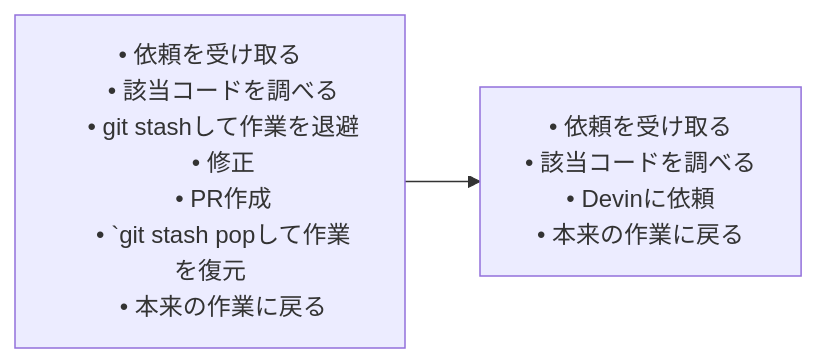
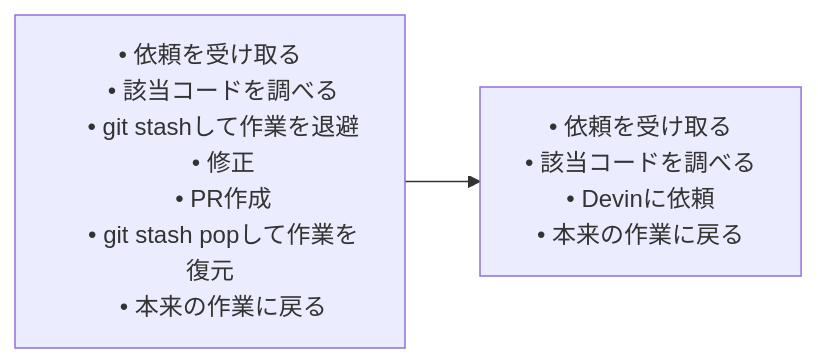
The diagram in articles/032148d8b85aac.md (hono3bono3/zenn), drawn with Mermaid before and after one commit. The commit also changed other lines of this file, not shown here.

````diff
--- a/articles/032148d8b85aac.md
+++ b/articles/032148d8b85aac.md
@@ -51,19 +51,19 @@
 ```mermaid
 graph LR
     Before["
     • 依頼を受け取る
     • 該当コードを調べる
     • git stashして作業を退避
     • 修正
     • PR作成
-    • `git stash popして作業を復元
+    • git stash popして作業を復元
     • 本来の作業に戻る"] 
     
     After["
     • 依頼を受け取る
     • 該当コードを調べる
     • Devinに依頼
     • 本来の作業に戻る"]
     
     Before --> After
 ```
````
